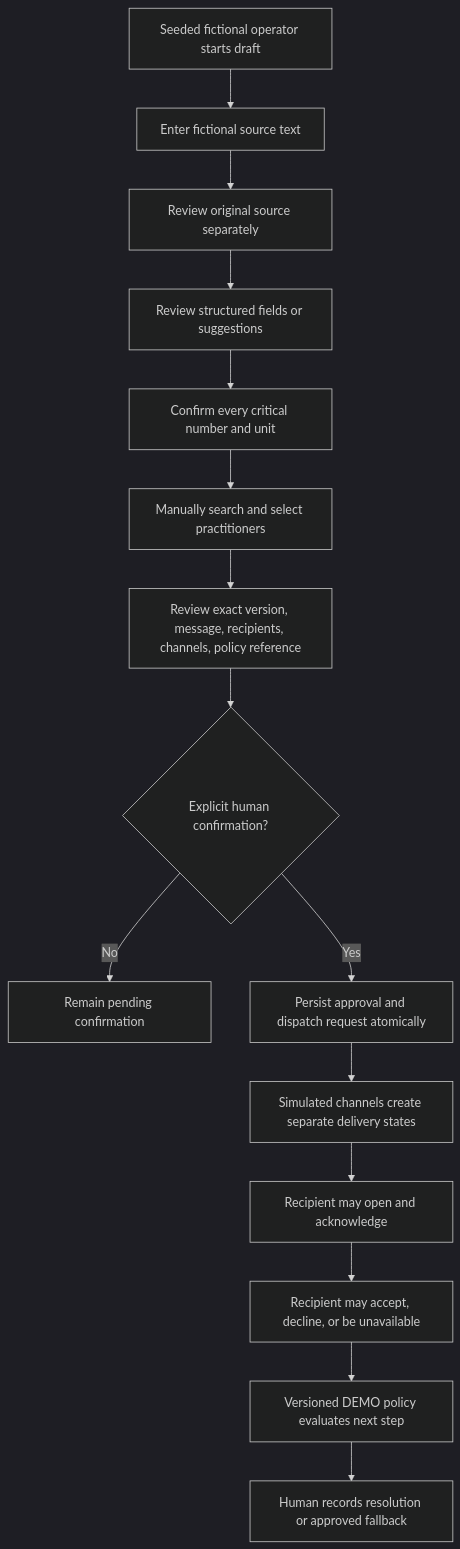
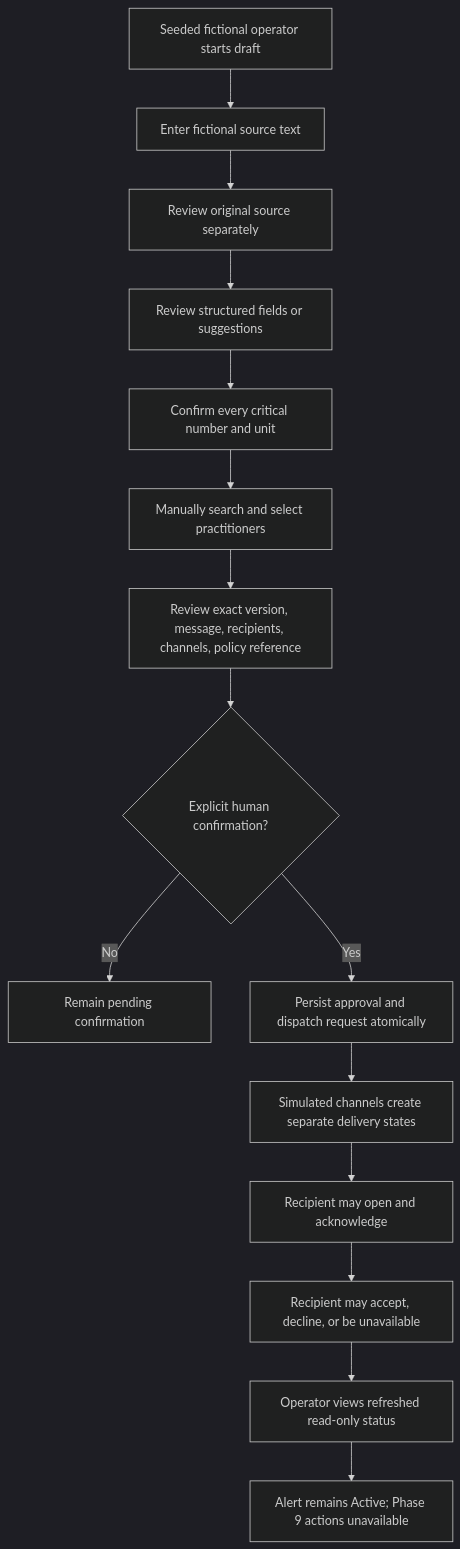
The diagram in docs/product/workflow.md (Ghaith-1996/Hospital), drawn with Mermaid (dark theme) before and after one commit. The commit also changed other lines of this file and 58 other files, not shown here.

````diff
--- a/docs/product/workflow.md
+++ b/docs/product/workflow.md
@@ -36,17 +36,17 @@
 ```mermaid
 flowchart TD
     A[Seeded fictional operator starts draft] --> B[Enter fictional source text]
     B --> C[Review original source separately]
     C --> D[Review structured fields or suggestions]
     D --> E[Confirm every critical number and unit]
     E --> F[Manually search and select practitioners]
     F --> G[Review exact version, message, recipients, channels, policy reference]
     G --> H{Explicit human confirmation?}
     H -- No --> I[Remain pending confirmation]
     H -- Yes --> J[Persist approval and dispatch request atomically]
     J --> K[Simulated channels create separate delivery states]
     K --> L[Recipient may open and acknowledge]
     L --> M[Recipient may accept, decline, or be unavailable]
-    M --> N[Versioned DEMO policy evaluates next step]
-    N --> O[Human records resolution or approved fallback]
+    M --> N[Operator views refreshed read-only status]
+    N --> O[Alert remains Active; Phase 9 actions unavailable]
 ```
````
